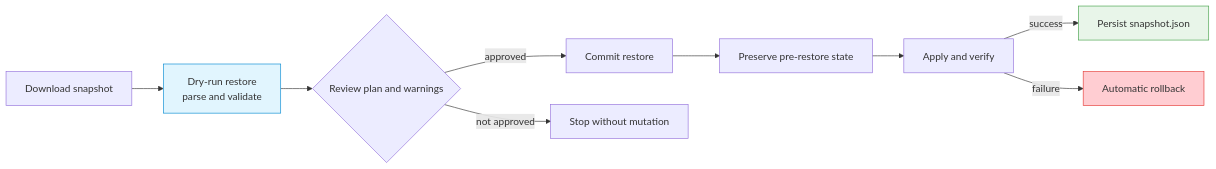
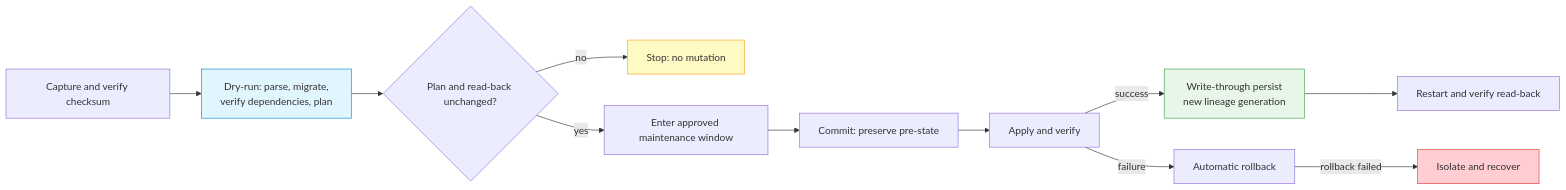
The diagram in docs/operations/backup-restore.md (loxilb-io/loxilbdocs-inference-gateway), drawn with Mermaid before and after one commit. The commit also changed other lines of this file and 40 other files, not shown here.

````diff
--- a/docs/operations/backup-restore.md
+++ b/docs/operations/backup-restore.md
@@ -31,15 +49,18 @@
 ```mermaid
 flowchart LR
-    D["Download snapshot"] --> V["Dry-run restore<br/>parse and validate"]
-    V --> R{"Review plan and warnings"}
-    R -->|approved| C["Commit restore"]
-    R -->|not approved| S["Stop without mutation"]
-    C --> P["Preserve pre-restore state"]
+    C["Capture and verify checksum"] --> D["Dry-run: parse, migrate,<br/>verify dependencies, plan"]
+    D --> N{"Plan and read-back unchanged?"}
+    N -->|no| X["Stop: no mutation"]
+    N -->|yes| M["Enter approved maintenance window"]
+    M --> P["Commit: preserve pre-state"]
     P --> A["Apply and verify"]
-    A -->|success| W["Persist snapshot.json"]
-    A -->|failure| B["Automatic rollback"]
+    A -->|success| W["Write-through persist<br/>new lineage generation"]
+    A -->|failure| R["Automatic rollback"]
+    W --> B["Restart and verify read-back"]
+    R -->|rollback failed| I["Isolate and recover"]
 
-    style V fill:#e1f5fe,stroke:#0288d1
+    style D fill:#e1f5fe,stroke:#0288d1
+    style X fill:#fff9c4,stroke:#f9a825
     style W fill:#e8f5e9,stroke:#43a047
-    style B fill:#ffcdd2,stroke:#e53935
+    style I fill:#ffcdd2,stroke:#e53935
 ```
````
